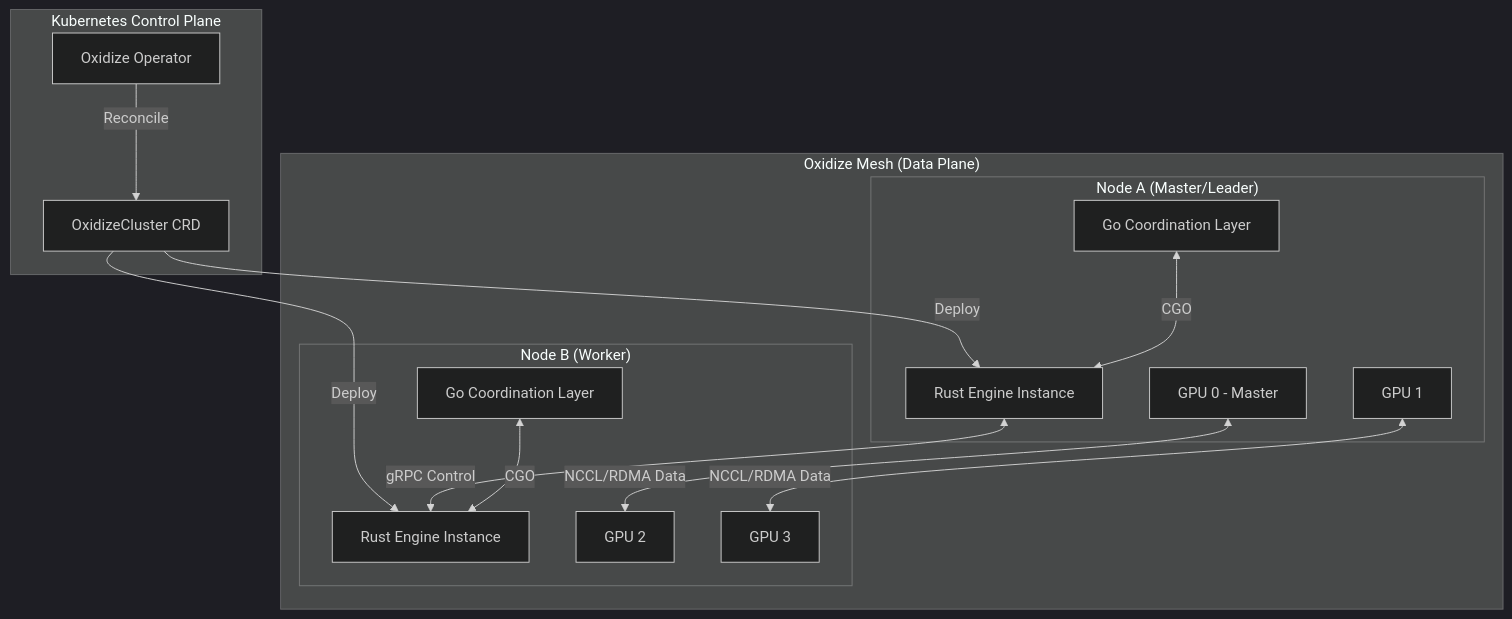
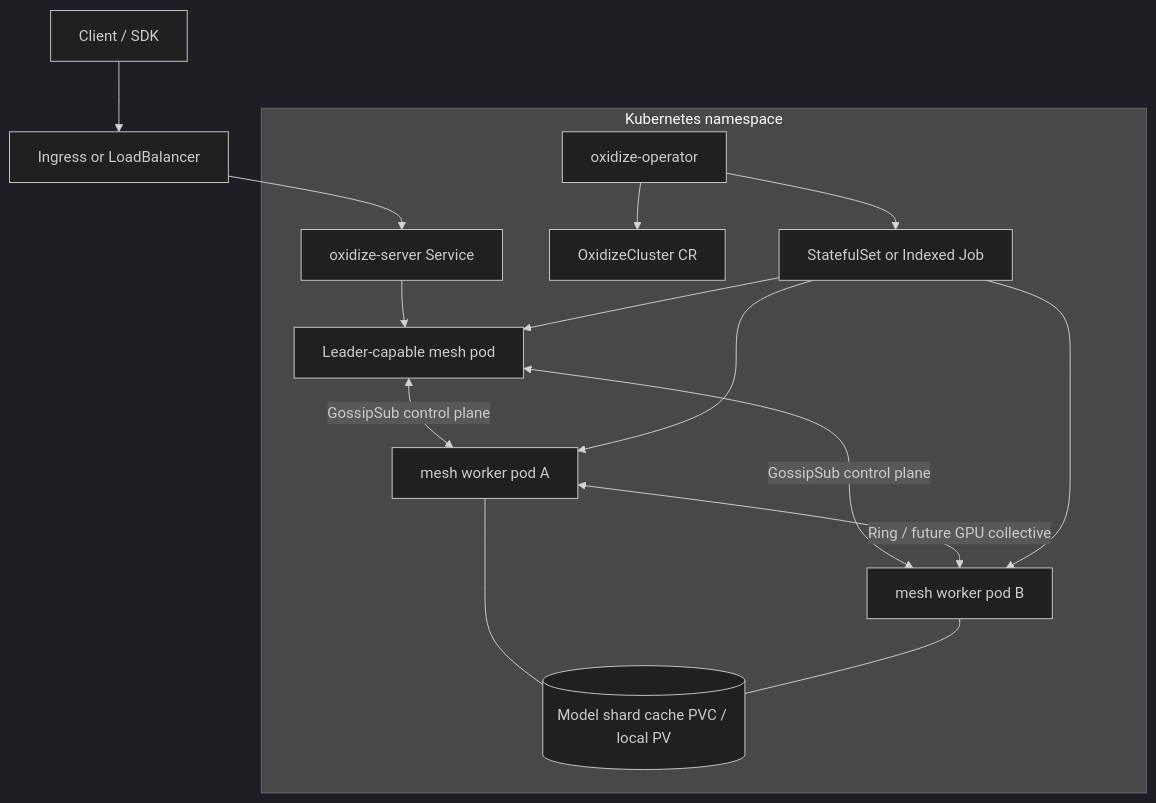
One commit to Zapdev-labs/oxidize changed the diagram in docs/spec-gpu-k8s-mesh.md. Above: the diagram before and after it, drawn with Mermaid (dark theme). The commit also changed other lines of this file, not shown here.

Commit message:
docs(mesh): specify GPU Kubernetes orchestration

````diff
--- a/docs/spec-gpu-k8s-mesh.md
+++ b/docs/spec-gpu-k8s-mesh.md
@@ -18,34 +85,22 @@
 ```mermaid
-graph TD
-    subgraph "Kubernetes Control Plane"
-        Operator[Oxidize Operator]
-        CRD[OxidizeCluster CRD]
+flowchart TD
+    Client[Client / SDK] --> Ingress[Ingress or LoadBalancer]
+    Ingress --> ServerSvc[oxidize-server Service]
+
+    subgraph K8s[Kubernetes namespace]
+        CRD[OxidizeCluster CR]
+        Operator[oxidize-operator]
+        ServerSvc --> LeaderPod[Leader-capable mesh pod]
+        LeaderPod <-->|GossipSub control plane| WorkerA[mesh worker pod A]
+        LeaderPod <-->|GossipSub control plane| WorkerB[mesh worker pod B]
+        WorkerA <-->|Ring / future GPU collective| WorkerB
+        Cache[(Model shard cache PVC / local PV)]
+        WorkerA --- Cache
+        WorkerB --- Cache
+        Operator --> CRD
+        Operator --> StatefulSet[StatefulSet or Indexed Job]
+        StatefulSet --> LeaderPod
+        StatefulSet --> WorkerA
+        StatefulSet --> WorkerB
     end
-
-    subgraph "Oxidize Mesh (Data Plane)"
-        subgraph "Node A (Master/Leader)"
-            WorkerA[Rust Engine Instance]
-            GoCoordA[Go Coordination Layer]
-            GPUA1[GPU 0 - Master]
-            GPUA2[GPU 1]
-        end
-
-        subgraph "Node B (Worker)"
-            WorkerB[Rust Engine Instance]
-            GoCoordB[Go Coordination Layer]
-            GPUB1[GPU 2]
-            GPUB2[GPU 3]
-        end
-    end
-
-    Operator -->|Reconcile| CRD
-    CRD -->|Deploy| WorkerA
-    CRD -->|Deploy| WorkerB
-    
-    WorkerA <-->|gRPC Control| WorkerB
-    GPUA1 <-->|NCCL/RDMA Data| GPUB1
-    GPUA2 <-->|NCCL/RDMA Data| GPUB2
-    
-    GoCoordA <-->|CGO| WorkerA
-    GoCoordB <-->|CGO| WorkerB
 ```
````
